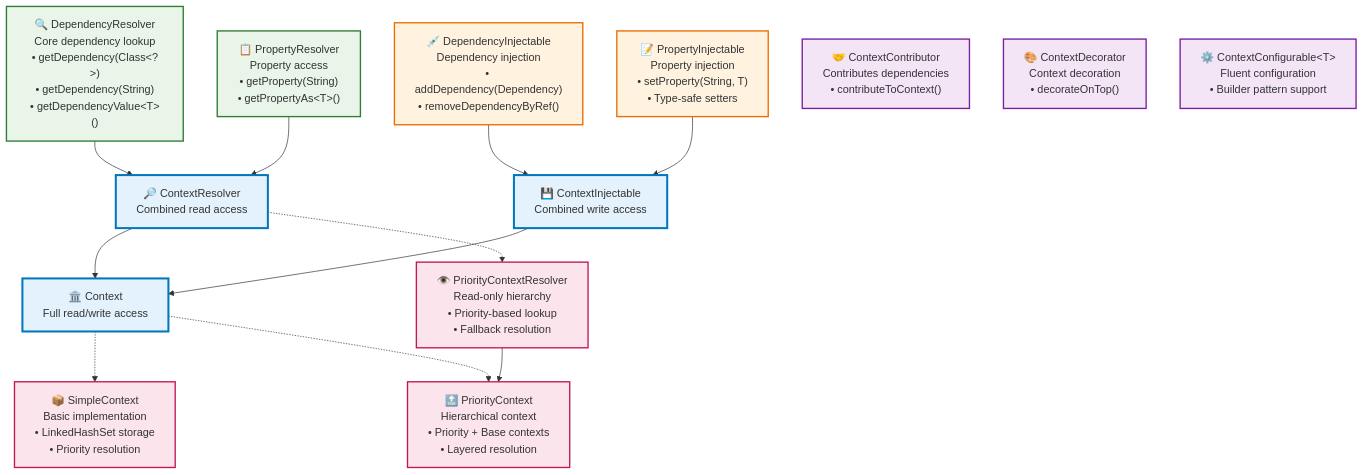
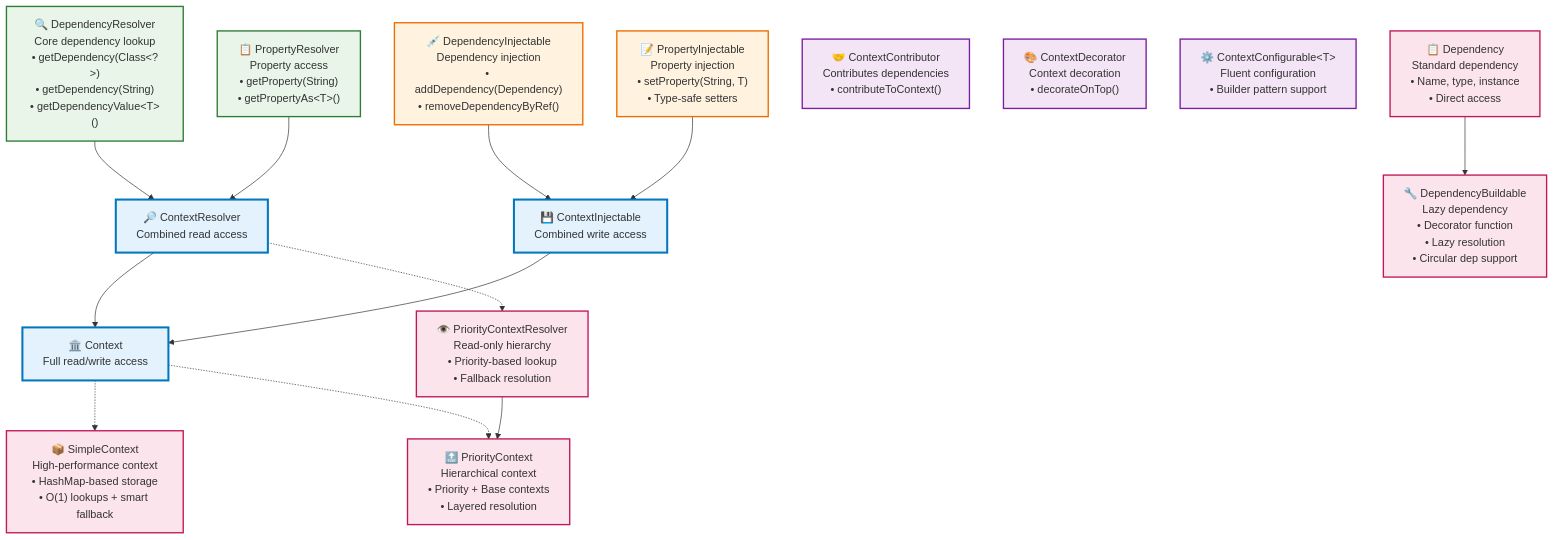
Before and after one commit to flamingock/flamingock-java: the first of 3 diagrams in docs/CONTEXT_ARCHITECTURE.md, drawn with Mermaid. The commit also changed other lines of this file, not shown here.

````diff
--- a/docs/CONTEXT_ARCHITECTURE.md
+++ b/docs/CONTEXT_ARCHITECTURE.md
@@ -25,46 +25,53 @@
 ```mermaid
 graph TB
     %% Style Classes
     classDef readInterface fill:#e8f5e8,stroke:#2e7d32,stroke-width:2px
     classDef writeInterface fill:#fff3e0,stroke:#ef6c00,stroke-width:2px
     classDef combinedInterface fill:#e3f2fd,stroke:#0277bd,stroke-width:3px
     classDef specialInterface fill:#f3e5f5,stroke:#7b1fa2,stroke-width:2px
     classDef concreteClass fill:#fce4ec,stroke:#c2185b,stroke-width:2px
 
     %% Core Read-Only Interfaces
     DependencyResolver["🔍 DependencyResolver<br/>Core dependency lookup<br/>• getDependency(Class&lt;?&gt;)<br/>• getDependency(String)<br/>• getDependencyValue&lt;T&gt;()"]:::readInterface
     PropertyResolver["📋 PropertyResolver<br/>Property access<br/>• getProperty(String)<br/>• getPropertyAs&lt;T&gt;()"]:::readInterface
     
     %% Core Write-Only Interfaces  
     DependencyInjectable["💉 DependencyInjectable<br/>Dependency injection<br/>• addDependency(Dependency)<br/>• removeDependencyByRef()"]:::writeInterface
     PropertyInjectable["📝 PropertyInjectable<br/>Property injection<br/>• setProperty(String, T)<br/>• Type-safe setters"]:::writeInterface
     
     %% Combined Interfaces
     ContextResolver["🔎 ContextResolver<br/>Combined read access"]:::combinedInterface
     ContextInjectable["💾 ContextInjectable<br/>Combined write access"]:::combinedInterface
     Context["🏛️ Context<br/>Full read/write access"]:::combinedInterface
     
     %% Specialized Interfaces
     ContextContributor["🤝 ContextContributor<br/>Contributes dependencies<br/>• contributeToContext()"]:::specialInterface
     ContextDecorator["🎨 ContextDecorator<br/>Context decoration<br/>• decorateOnTop()"]:::specialInterface
     ContextConfigurable["⚙️ ContextConfigurable&lt;T&gt;<br/>Fluent configuration<br/>• Builder pattern support"]:::specialInterface
     
     %% Concrete Implementations
-    SimpleContext["📦 SimpleContext<br/>Basic implementation<br/>• LinkedHashSet storage<br/>• Priority resolution"]:::concreteClass
+    SimpleContext["📦 SimpleContext<br/>High-performance context<br/>• HashMap-based storage<br/>• O(1) lookups + smart fallback"]:::concreteClass
     PriorityContext["🔝 PriorityContext<br/>Hierarchical context<br/>• Priority + Base contexts<br/>• Layered resolution"]:::concreteClass
     PriorityContextResolver["👁️ PriorityContextResolver<br/>Read-only hierarchy<br/>• Priority-based lookup<br/>• Fallback resolution"]:::concreteClass
+    
+    %% Advanced Dependency Types
+    Dependency["📋 Dependency<br/>Standard dependency<br/>• Name, type, instance<br/>• Direct access"]:::concreteClass
+    DependencyBuildable["🔧 DependencyBuildable<br/>Lazy dependency<br/>• Decorator function<br/>• Lazy resolution<br/>• Circular dep support"]:::concreteClass
     
     %% Inheritance relationships
     DependencyResolver --> ContextResolver
     PropertyResolver --> ContextResolver
     DependencyInjectable --> ContextInjectable  
     PropertyInjectable --> ContextInjectable
     ContextResolver --> Context
     ContextInjectable --> Context
     
     %% Implementation relationships
     Context -.-> SimpleContext
     Context -.-> PriorityContext
     ContextResolver -.-> PriorityContextResolver
     PriorityContextResolver --> PriorityContext
+    
+    %% Dependency inheritance
+    Dependency --> DependencyBuildable
 ```
````
